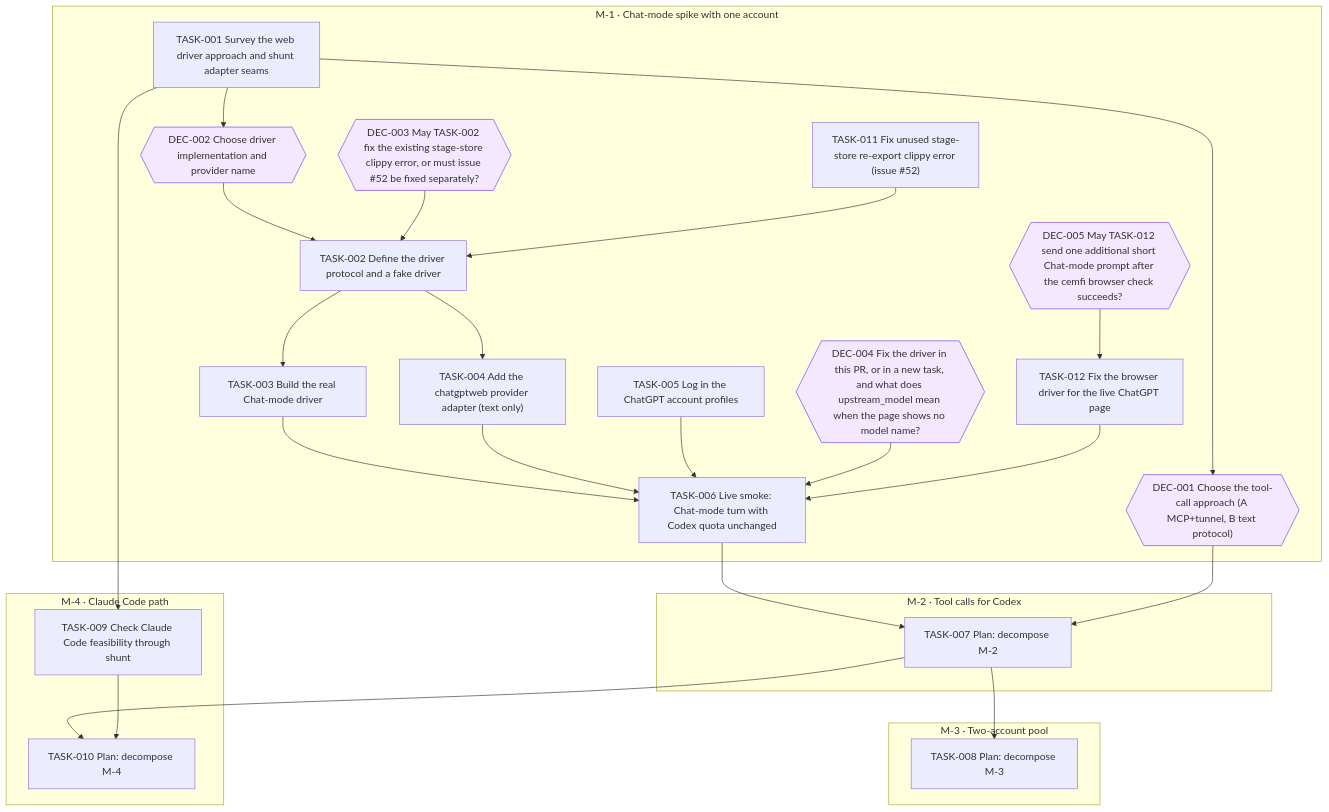
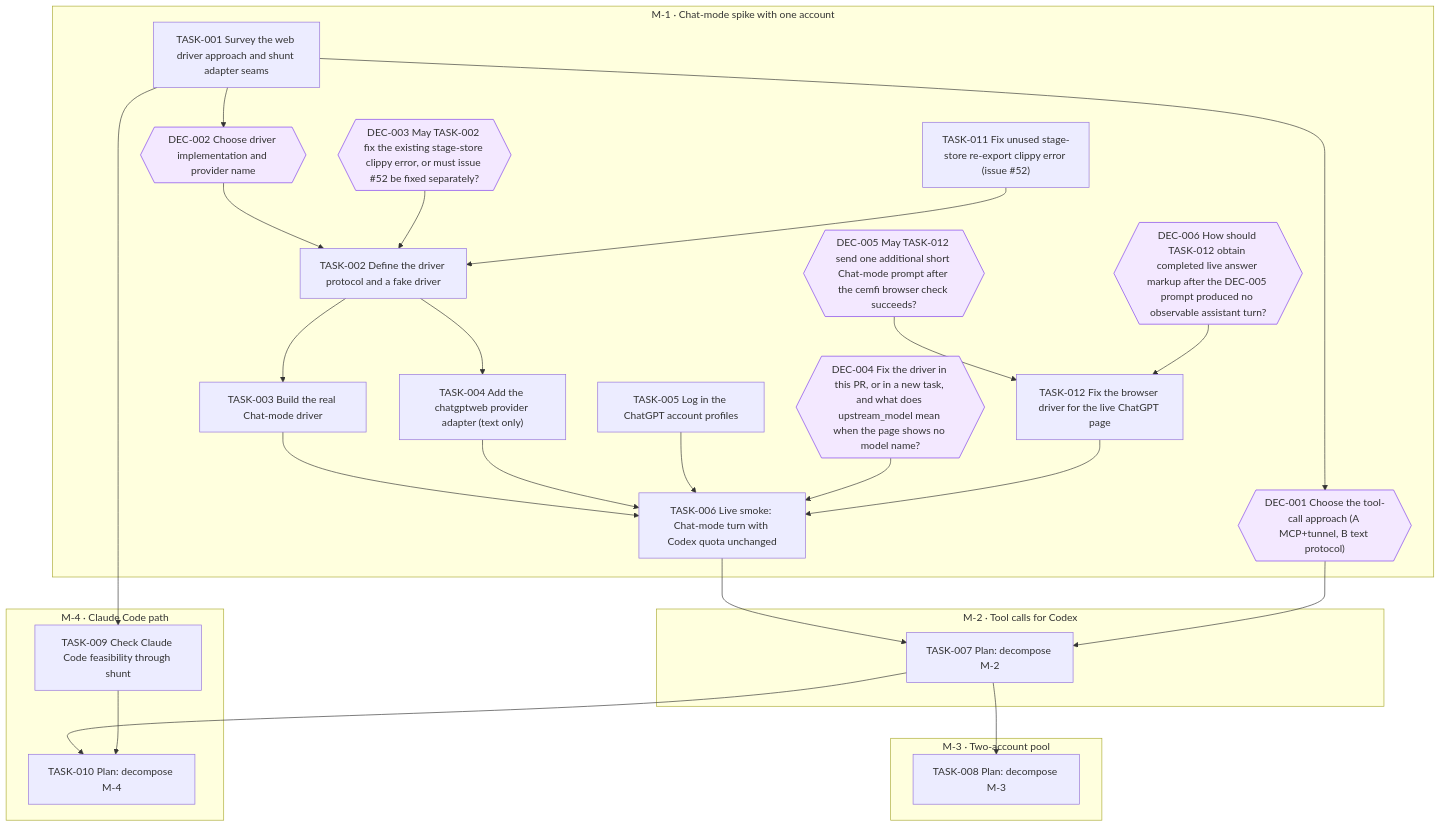
One commit to jesusvillota/shunt changed the diagram in goals/chatgptweb-provider/README.md. Above: the diagram before and after it, drawn with Mermaid. The commit also changed 3 other files, not shown here.

Commit message:
goal(chatgptweb-provider): request DEC-006 from TASK-012

````diff
--- a/goals/chatgptweb-provider/README.md
+++ b/goals/chatgptweb-provider/README.md
@@ -132,55 +132,58 @@
 ```mermaid
 flowchart TD
   subgraph M_1["M-1 · Chat-mode spike with one account"]
     DEC_001{{"DEC-001 Choose the tool-call approach (A MCP+tunnel, B text protocol)"}}
     DEC_002{{"DEC-002 Choose driver implementation and provider name"}}
     DEC_003{{"DEC-003 May TASK-002 fix the existing stage-store clippy error, or must issue #52 be fixed separately?"}}
     DEC_004{{"DEC-004 Fix the driver in this PR, or in a new task, and what does upstream_model mean when the page shows no model name?"}}
     DEC_005{{"DEC-005 May TASK-012 send one additional short Chat-mode prompt after the cemfi browser check succeeds?"}}
+    DEC_006{{"DEC-006 How should TASK-012 obtain completed live answer markup after the DEC-005 prompt produced no observable assistant turn?"}}
     TASK_001["TASK-001 Survey the web driver approach and shunt adapter seams"]
     TASK_002["TASK-002 Define the driver protocol and a fake driver"]
     TASK_003["TASK-003 Build the real Chat-mode driver"]
     TASK_004["TASK-004 Add the chatgptweb provider adapter (text only)"]
     TASK_005["TASK-005 Log in the ChatGPT account profiles"]
     TASK_006["TASK-006 Live smoke: Chat-mode turn with Codex quota unchanged"]
     TASK_011["TASK-011 Fix unused stage-store re-export clippy error (issue #52)"]
     TASK_012["TASK-012 Fix the browser driver for the live ChatGPT page"]
   end
   subgraph M_2["M-2 · Tool calls for Codex"]
     TASK_007["TASK-007 Plan: decompose M-2"]
   end
   subgraph M_3["M-3 · Two-account pool"]
     TASK_008["TASK-008 Plan: decompose M-3"]
   end
   subgraph M_4["M-4 · Claude Code path"]
     TASK_009["TASK-009 Check Claude Code feasibility through shunt"]
     TASK_010["TASK-010 Plan: decompose M-4"]
   end
   TASK_001 --> DEC_001
   TASK_001 --> DEC_002
   DEC_002 --> TASK_002
   DEC_003 --> TASK_002
   TASK_011 --> TASK_002
   TASK_002 --> TASK_003
   TASK_002 --> TASK_004
   TASK_003 --> TASK_006
   TASK_004 --> TASK_006
   TASK_005 --> TASK_006
   DEC_004 --> TASK_006
   TASK_012 --> TASK_006
   TASK_006 --> TASK_007
   DEC_001 --> TASK_007
   TASK_007 --> TASK_008
   TASK_001 --> TASK_009
   TASK_007 --> TASK_010
   TASK_009 --> TASK_010
   DEC_005 --> TASK_012
+  DEC_006 --> TASK_012
   classDef draft stroke-dasharray: 4 3
   classDef cancelled opacity:0.45
   classDef decision fill:#f3e8ff,stroke:#7c3aed
   class DEC_001 decision
   class DEC_002 decision
   class DEC_003 decision
   class DEC_004 decision
   class DEC_005 decision
+  class DEC_006 decision
 ```
````
